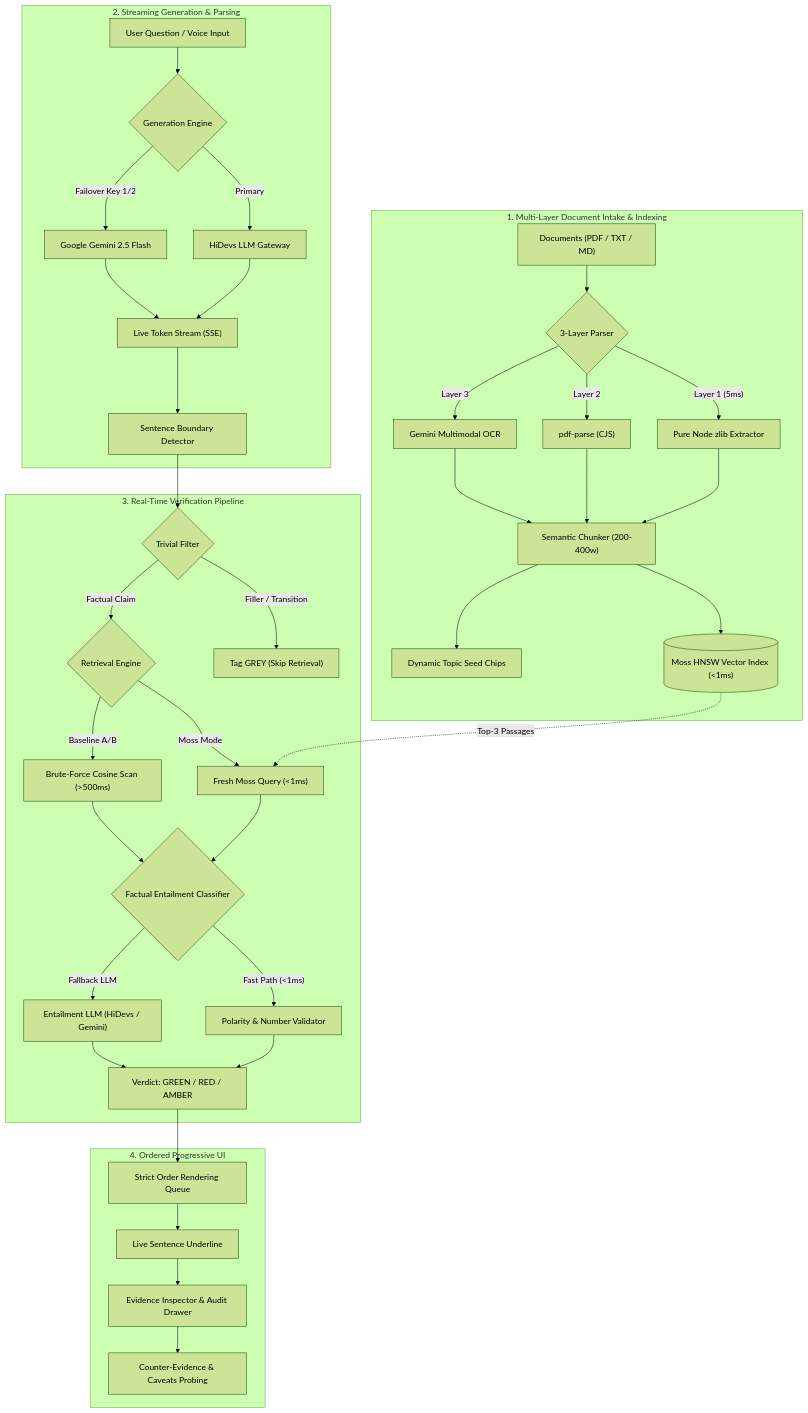
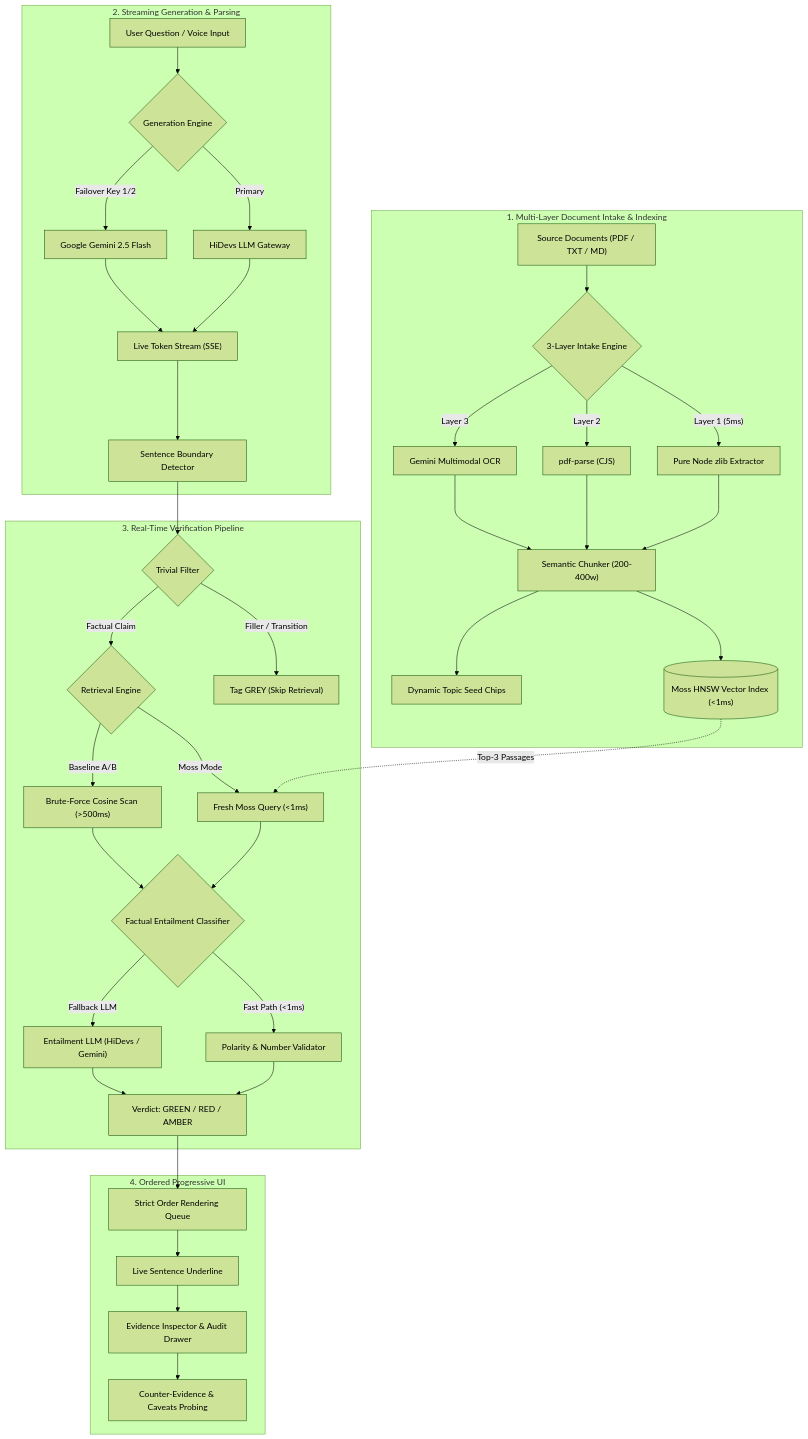
Before and after one commit to Shyamyemuka/tripwire: the diagram in README.md, drawn with Mermaid (forest theme). The commit also changed other lines of this file, not shown here.

Commit message:
docs: streamline README with key points, remove PRD references and redundant sequence diagram

````diff
--- a/README.md
+++ b/README.md
@@ -13,45 +13,45 @@
 ```mermaid
 flowchart TD
     subgraph Ingestion ["1. Multi-Layer Document Intake & Indexing"]
-        DOC["Documents (PDF / TXT / MD)"] --> PARSE{"3-Layer Parser"}
+        DOC["Source Documents (PDF / TXT / MD)"] --> PARSE{"3-Layer Intake Engine"}
         PARSE -->|"Layer 1 (5ms)"| PURE_NODE["Pure Node zlib Extractor"]
         PARSE -->|"Layer 2"| PDF_PARSE["pdf-parse (CJS)"]
         PARSE -->|"Layer 3"| GEMINI_OCR["Gemini Multimodal OCR"]
         PURE_NODE --> CHUNKER["Semantic Chunker (200-400w)"]
         PDF_PARSE --> CHUNKER
         GEMINI_OCR --> CHUNKER
         CHUNKER --> MOSS_IDX[("Moss HNSW Vector Index (<1ms)")]
         CHUNKER --> SEED["Dynamic Topic Seed Chips"]
     end
 
     subgraph Generation ["2. Streaming Generation & Parsing"]
         USER["User Question / Voice Input"] --> GEN{"Generation Engine"}
         GEN -->|"Primary"| HIDEVS["HiDevs LLM Gateway"]
         GEN -->|"Failover Key 1/2"| GEMINI_GEN["Google Gemini 2.5 Flash"]
         HIDEVS --> TOKENS["Live Token Stream (SSE)"]
         GEMINI_GEN --> TOKENS
         TOKENS --> BOUNDARY["Sentence Boundary Detector"]
     end
 
     subgraph Verification ["3. Real-Time Verification Pipeline"]
         BOUNDARY --> FILTER{"Trivial Filter"}
         FILTER -->|"Filler / Transition"| GREY["Tag GREY (Skip Retrieval)"]
         FILTER -->|"Factual Claim"| RETRIEVE{"Retrieval Engine"}
         RETRIEVE -->|"Moss Mode"| MOSS_Q["Fresh Moss Query (<1ms)"]
         RETRIEVE -->|"Baseline A/B"| COSINE["Brute-Force Cosine Scan (>500ms)"]
         MOSS_IDX -.->|"Top-3 Passages"| MOSS_Q
         MOSS_Q --> CLASSIFIER{"Factual Entailment Classifier"}
         COSINE --> CLASSIFIER
         CLASSIFIER -->|"Fast Path (<1ms)"| FAST_CHECK["Polarity & Number Validator"]
         CLASSIFIER -->|"Fallback LLM"| LLM_VERDICT["Entailment LLM (HiDevs / Gemini)"]
         FAST_CHECK --> VERDICT["Verdict: GREEN / RED / AMBER"]
         LLM_VERDICT --> VERDICT
     end
 
     subgraph UI ["4. Ordered Progressive UI"]
         VERDICT --> QUEUE["Strict Order Rendering Queue"]
         QUEUE --> HIGHLIGHT["Live Sentence Underline"]
         HIGHLIGHT --> DRAWER["Evidence Inspector & Audit Drawer"]
         DRAWER --> COUNTER_EV["Counter-Evidence & Caveats Probing"]
     end
 ```
````
